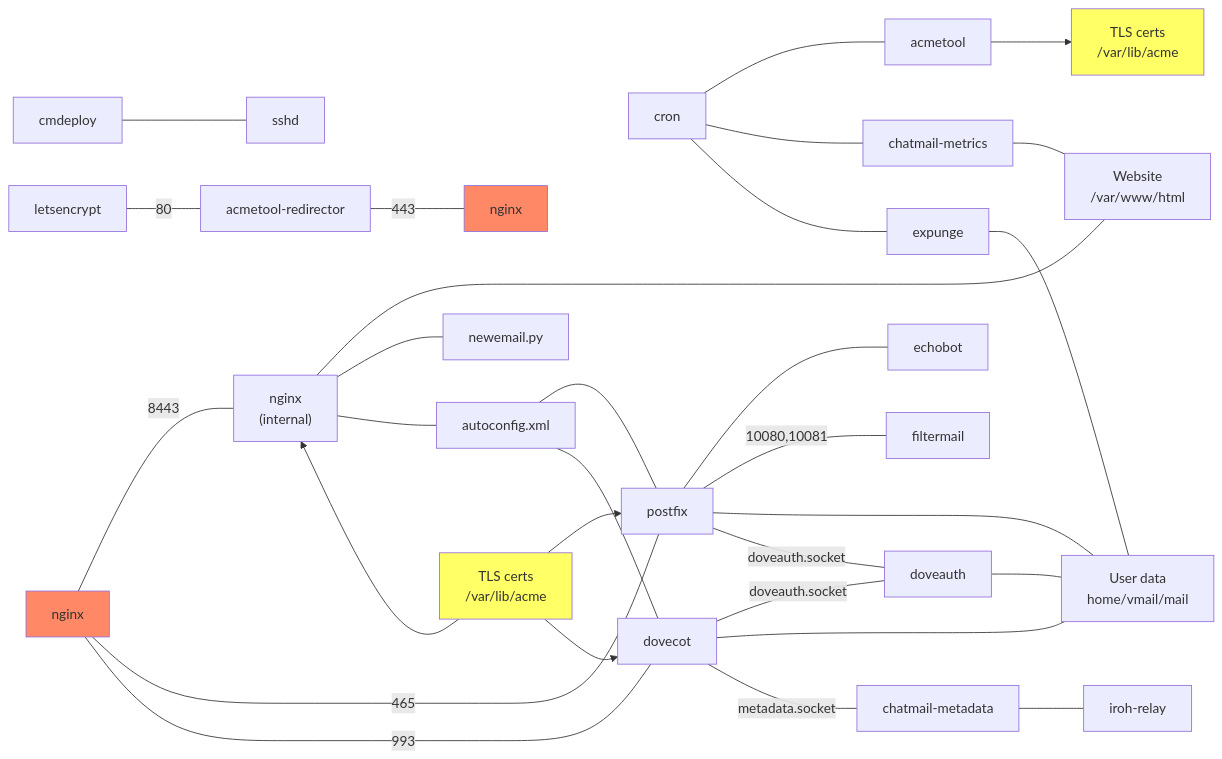
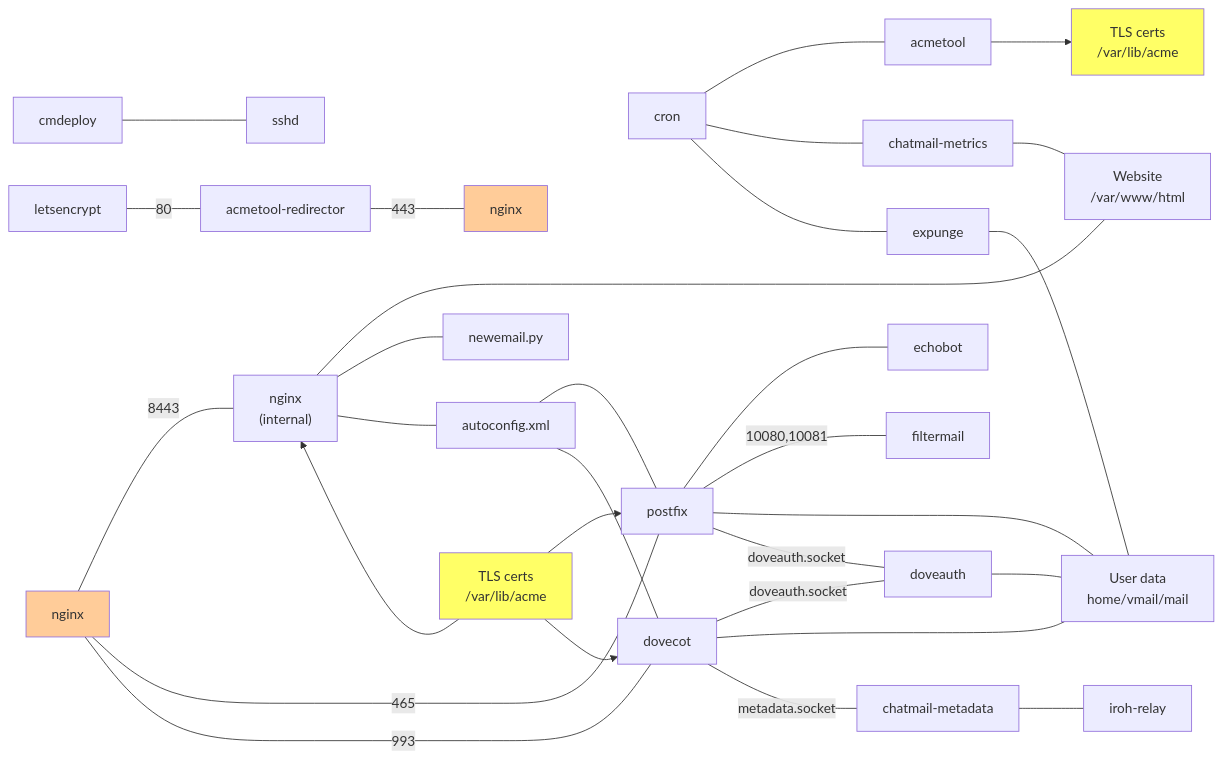
The diagram in ARCHITECTURE.md (cliffmccarthy/chatmail-relay), drawn with Mermaid before and after one commit.

Commit message:
revise nginx colour

````diff
--- a/ARCHITECTURE.md
+++ b/ARCHITECTURE.md
@@ -4,41 +4,41 @@
 ```mermaid
 graph LR;
     cmdeploy --- sshd;
     letsencrypt --- |80|acmetool-redirector;
     acmetool-redirector --- |443|nginx-right[nginx];
     nginx --- |8443|nginx-internal["`nginx
     (internal)`"];
     nginx-internal --- website["`Website
     /var/www/html`"];
     nginx-internal --- newemail.py;
     nginx-internal --- autoconfig.xml;
     nginx-internal ~~~ certs-nginx["`TLS certs
     /var/lib/acme`"] --> nginx-internal;
     cron --- acmetool;
     cron --- chatmail-metrics;
     cron --- expunge;
     chatmail-metrics --- website;
     acmetool --> certs["`TLS certs
     /var/lib/acme`"];
     nginx --- |465|postfix;
     nginx --- |993|dovecot;
     autoconfig.xml --- postfix;
     autoconfig.xml --- dovecot;
     postfix --- echobot;
     postfix --- |10080,10081|filtermail;
     postfix --- users["`User data
     home/vmail/mail`"];
     postfix --- |doveauth.socket|doveauth;
     dovecot --- |doveauth.socket|doveauth;
     dovecot --- users;
     dovecot --- |metadata.socket|chatmail-metadata;
     doveauth --- users;
     expunge --- users;
     chatmail-metadata --- iroh-relay;
     certs-nginx --> postfix;
     certs-nginx --> dovecot;
     style certs fill:#ff6;
     style certs-nginx fill:#ff6;
-    style nginx fill:#f86;
-    style nginx-right fill:#f86;
+    style nginx fill:#fc9;
+    style nginx-right fill:#fc9;
 ```
````
